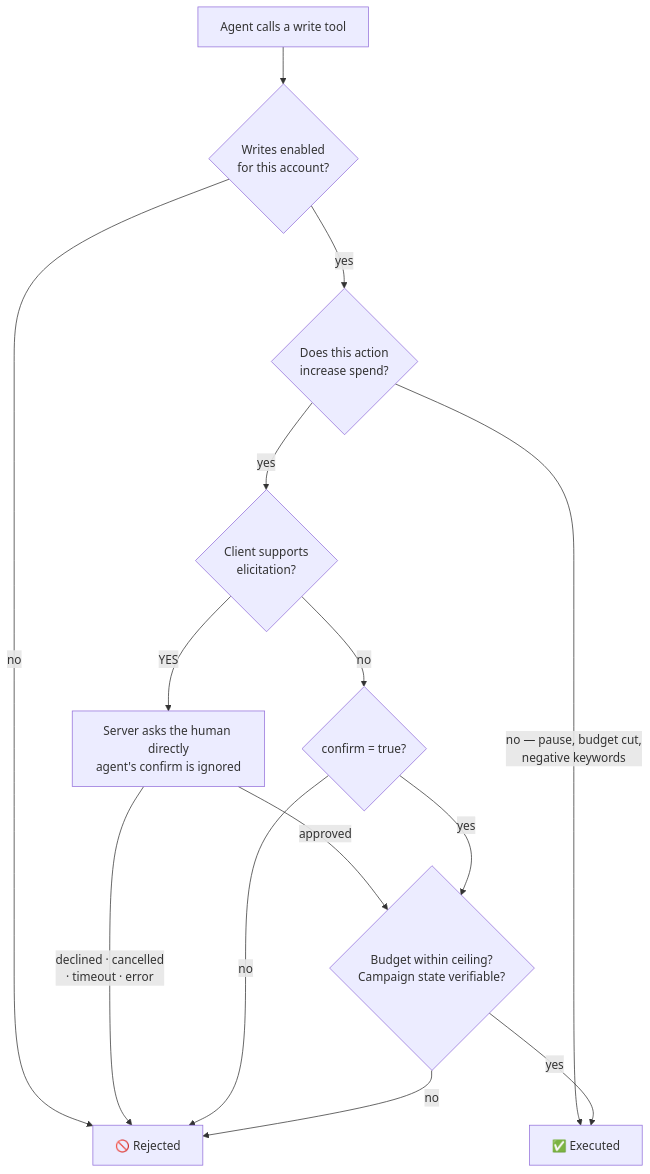
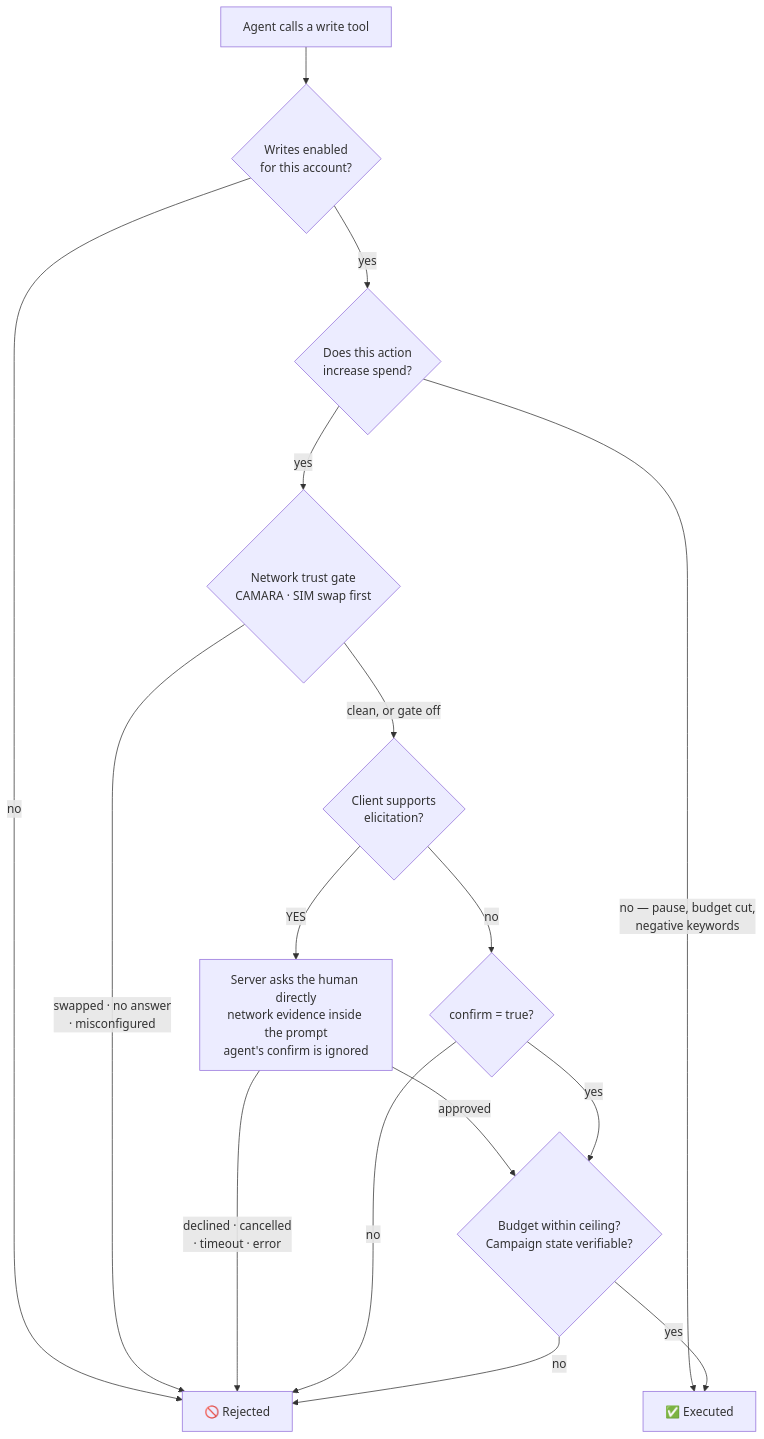
One commit to Xaena53/aegis changed the first of 3 diagrams in README.md. Above: the diagram before and after it, drawn with Mermaid. The commit also changed other lines of this file and 15 other files, not shown here.

````diff
--- a/README.md
+++ b/README.md
@@ -47,16 +135,18 @@
 ```mermaid
 flowchart TD
     A["Agent calls a write tool"] --> B{"Writes enabled<br/>for this account?"}
     B -- no --> R["🚫 Rejected"]
     B -- yes --> C{"Does this action<br/>increase spend?"}
     C -- "no — pause, budget cut,<br/>negative keywords" --> E["✅ Executed"]
-    C -- yes --> D{"Client supports<br/>elicitation?"}
-    D -- "YES" --> H["Server asks the human directly<br/>agent's confirm is ignored"]
+    C -- yes --> N{"Network trust gate<br/>CAMARA · SIM swap first"}
+    N -- "swapped · no answer<br/>· misconfigured" --> R
+    N -- "clean, or gate off" --> D{"Client supports<br/>elicitation?"}
+    D -- "YES" --> H["Server asks the human directly<br/>network evidence inside the prompt<br/>agent's confirm is ignored"]
     D -- no --> F{"confirm = true?"}
     H -- approved --> G
     H -- "declined · cancelled<br/>· timeout · error" --> R
     F -- no --> R
     F -- yes --> G{"Budget within ceiling?<br/>Campaign state verifiable?"}
     G -- no --> R
     G -- yes --> E
 ```
````
